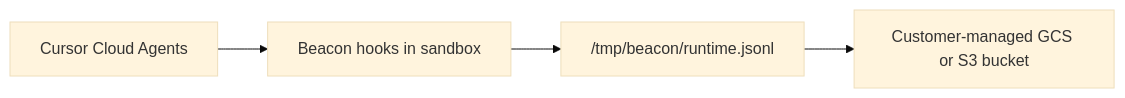
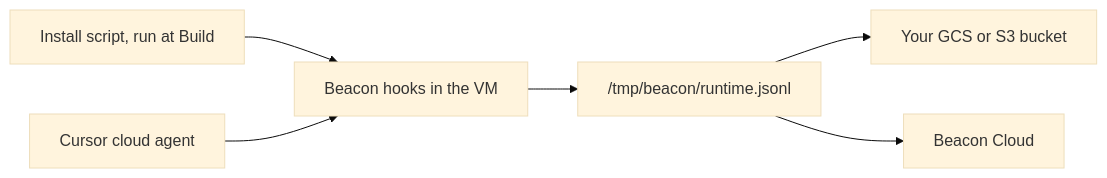
Before and after one commit to Asymptote-Labs/agent-beacon: the diagram in docs/runtimes/cursor-cloud-agents.mdx, drawn with Mermaid (base theme). The commit also changed other lines of this file and 7 other files, not shown here.

First line of the commit message:
docs(cursor-cloud): set up capture from the install script, with nothing committed

````diff
--- a/docs/runtimes/cursor-cloud-agents.mdx
+++ b/docs/runtimes/cursor-cloud-agents.mdx
@@ -32,6 +35,8 @@
 ```mermaid
 flowchart LR
-  CursorCloud["Cursor Cloud Agents"] --> Hooks["Beacon hooks in sandbox"]
+  Install["Install script, run at Build"] --> Hooks["Beacon hooks in the VM"]
+  CursorCloud["Cursor cloud agent"] --> Hooks
   Hooks --> RuntimeLog["/tmp/beacon/runtime.jsonl"]
-  RuntimeLog --> Storage["Customer-managed GCS or S3 bucket"]
+  RuntimeLog --> Storage["Your GCS or S3 bucket"]
+  RuntimeLog --> Managed["Beacon Cloud"]
 ```
````
